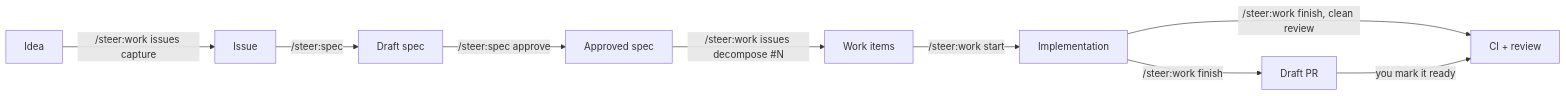
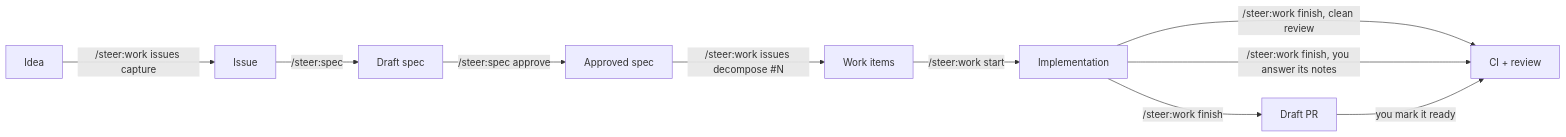
The diagram in docs/getting-started/first-workflow.md (element22llc/e22-plugins), drawn with Mermaid before and after one commit. The commit also changed 15 other files, not shown here.

````diff
--- a/docs/getting-started/first-workflow.md
+++ b/docs/getting-started/first-workflow.md
@@ -15,11 +15,12 @@
 ```mermaid
 flowchart LR
     A[Idea] -->|/steer:work issues capture| B[Issue]
     B -->|/steer:spec| C[Draft spec]
     C -->|/steer:spec approve| D[Approved spec]
     D -->|"/steer:work issues decompose #N"| E[Work items]
     E -->|/steer:work start| F[Implementation]
     F -->|/steer:work finish| G[Draft PR]
     F -->|/steer:work finish, clean review| H
+    F -->|/steer:work finish, you answer its notes| H
     G -->|you mark it ready| H[CI + review]
 ```
````
